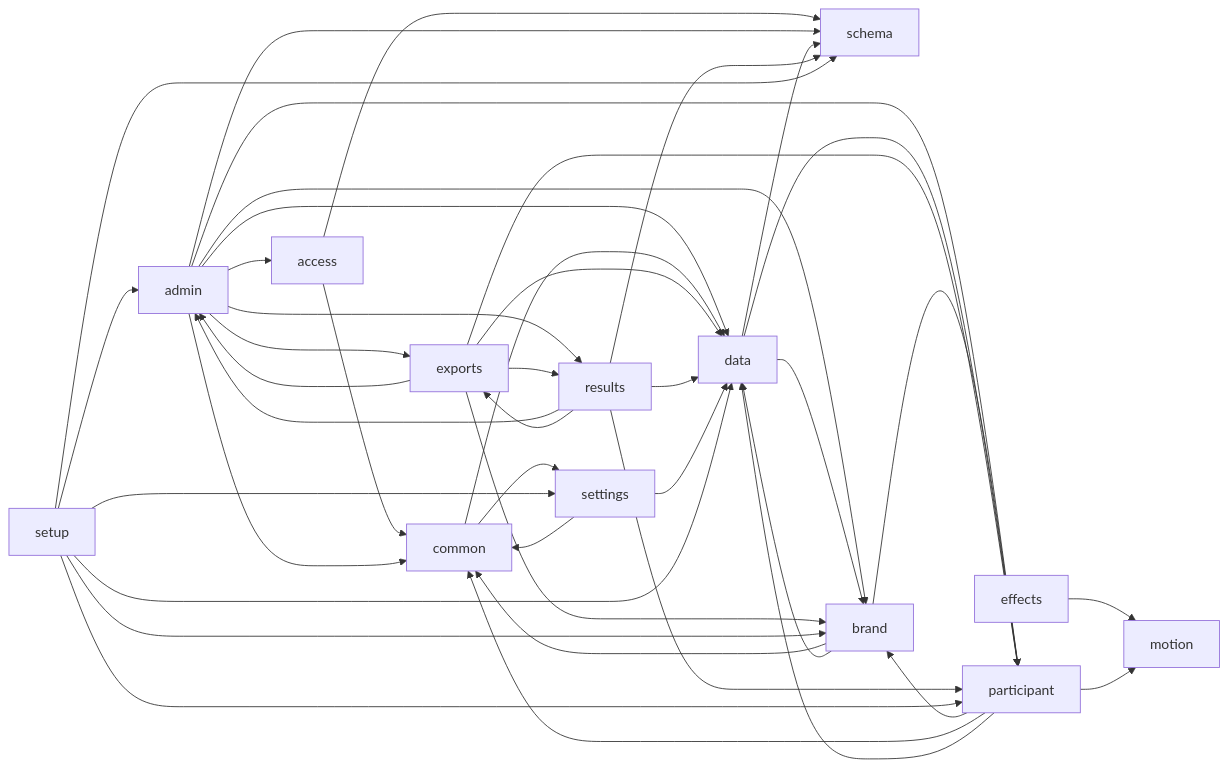
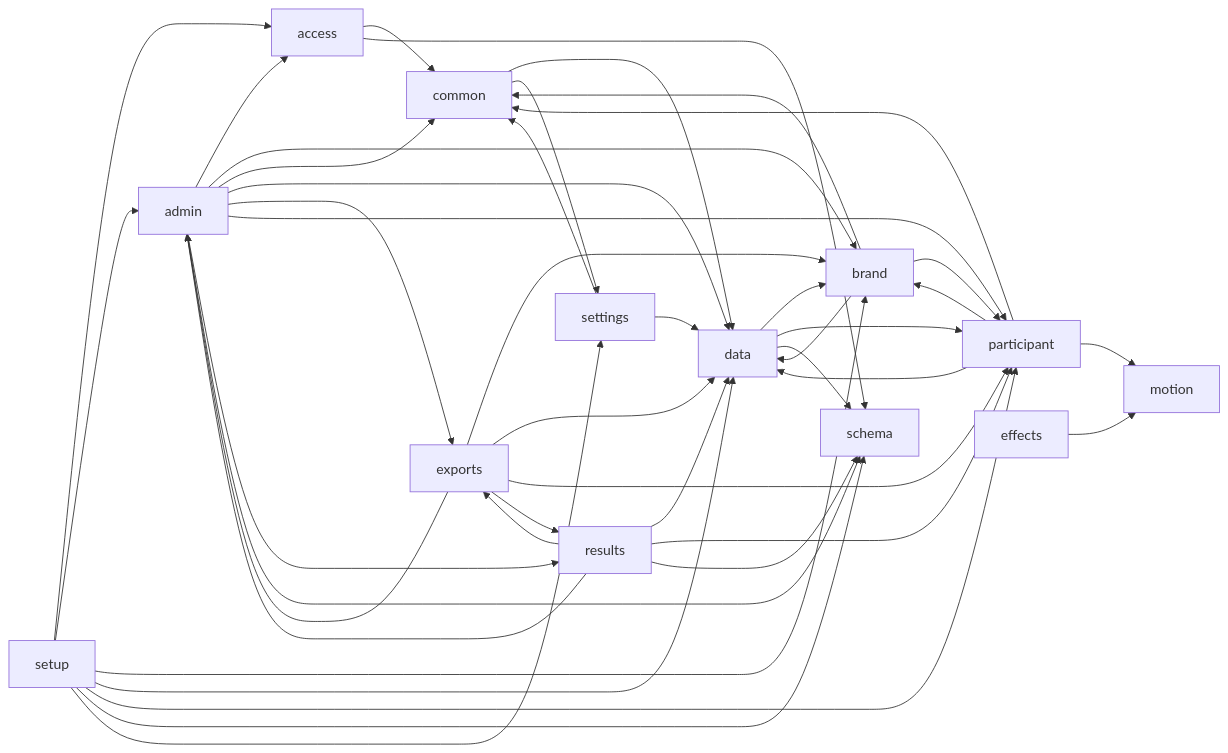
One commit to satyagames/pursuit-managed-services changed the diagram in docs/MODULES.md. Above: the diagram before and after it, drawn with Mermaid. The commit also changed other lines of this file, not shown here.

````diff
--- a/docs/MODULES.md
+++ b/docs/MODULES.md
@@ -14,44 +14,45 @@
 ```mermaid
 flowchart LR
   access --> common
   access --> schema
   admin --> access
   admin --> brand
   admin --> common
   admin --> data
   admin --> exports
   admin --> participant
   admin --> results
   admin --> schema
   brand --> common
   brand --> data
   brand --> participant
   common --> data
   common --> settings
   data --> brand
   data --> participant
   data --> schema
   effects --> motion
   exports --> admin
   exports --> brand
   exports --> data
   exports --> participant
   exports --> results
   participant --> brand
   participant --> common
   participant --> data
   participant --> motion
   results --> admin
   results --> data
   results --> exports
   results --> participant
   results --> schema
   settings --> common
   settings --> data
+  setup --> access
   setup --> admin
   setup --> brand
   setup --> data
   setup --> participant
   setup --> schema
   setup --> settings
 ```
````
